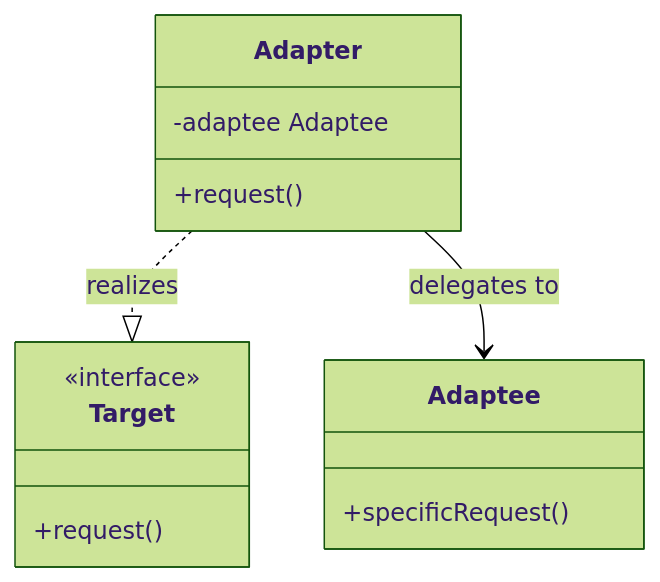
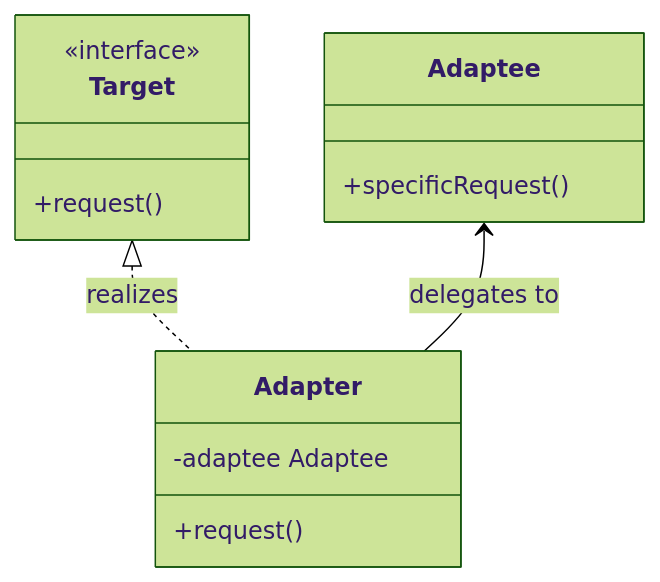
Before and after one commit to dasakash26/system-design: the first of 2 diagrams in notes/9_Adapter Pattern/9_Adapter Pattern.md, drawn with Mermaid (forest theme). The commit also changed other lines of this file and 17 other files, not shown here.

````diff
--- a/notes/9_Adapter Pattern/9_Adapter Pattern.md
+++ b/notes/9_Adapter Pattern/9_Adapter Pattern.md
@@ -26,18 +31,18 @@
 ```mermaid
 classDiagram
     direction TB
     class Target {
         <<interface>>
         +request()
     }
     class Adaptee {
         +specificRequest()
     }
     class Adapter {
         -adaptee Adaptee
         +request()
     }
 
-    Adapter ..|> Target : realizes
-    Adapter --> Adaptee : delegates to
+    Target <|.. Adapter : realizes
+    Adaptee <-- Adapter : delegates to
 ```
````
